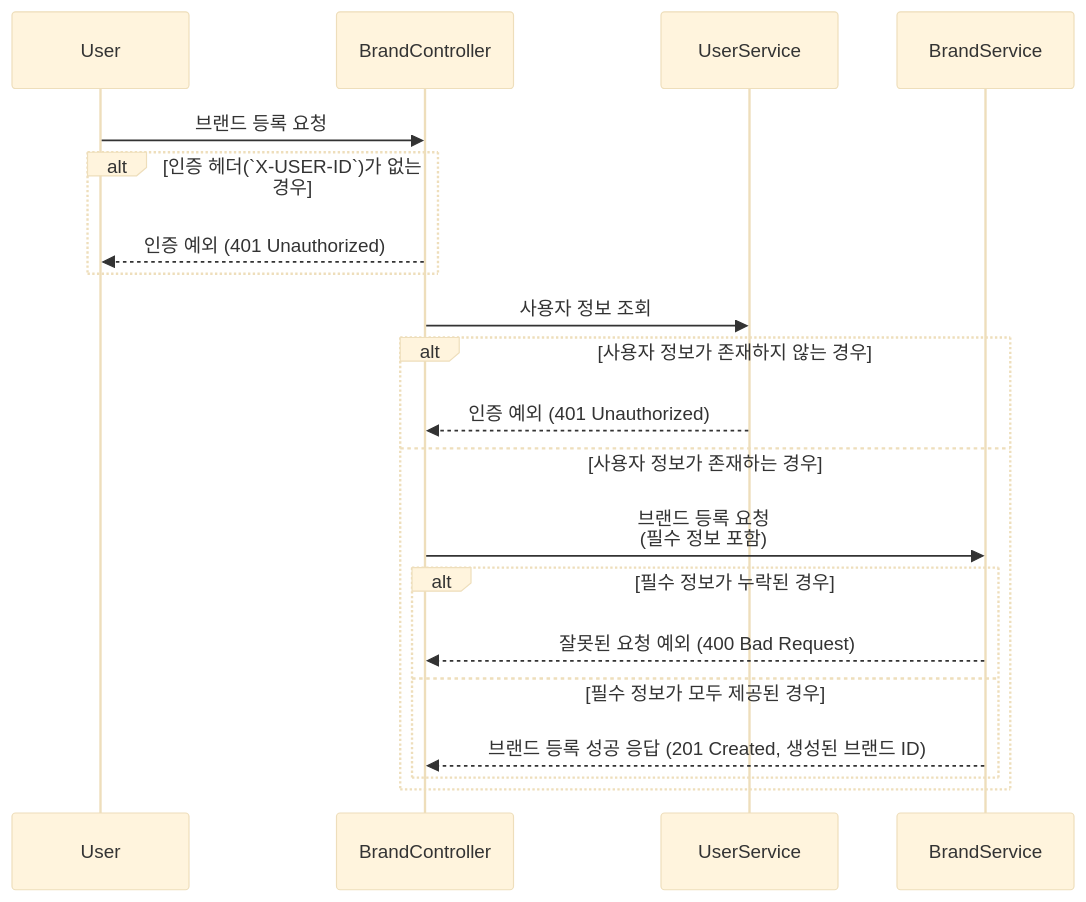
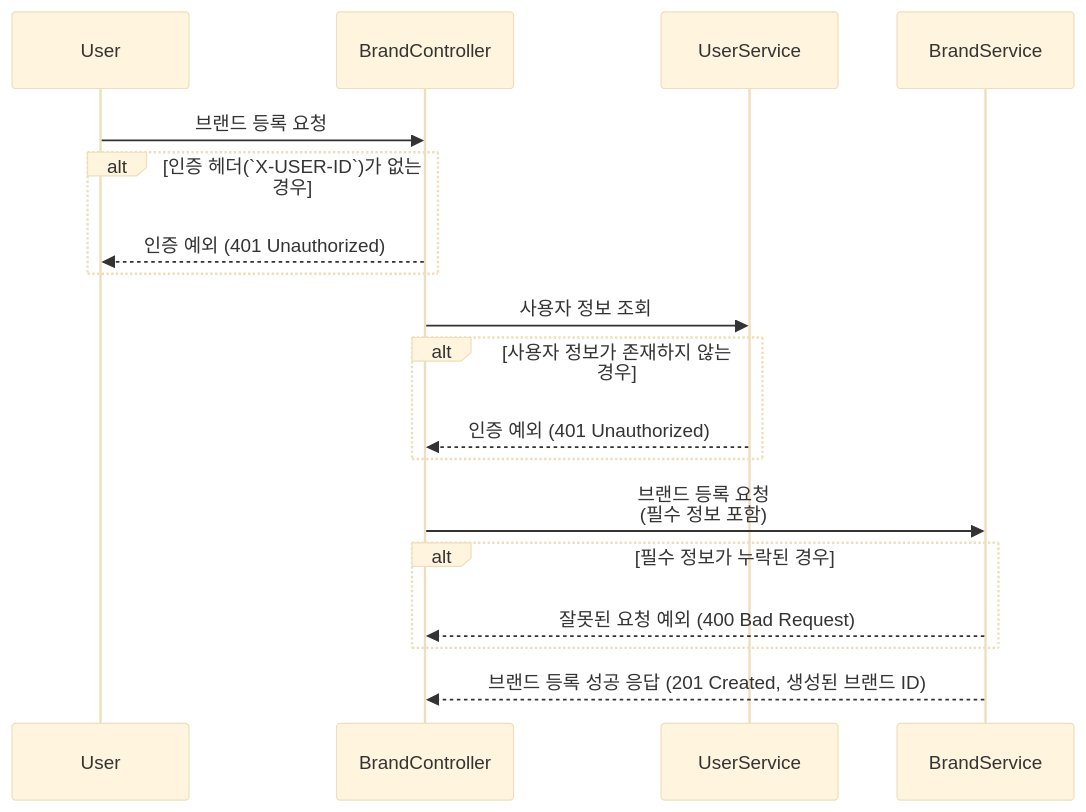
One commit to kiekk/gamsung-commerce changed the third of 3 diagrams in docs/design/02-sequence-diagrams/brand.md. Above: the diagram before and after it, drawn with Mermaid (base theme). The commit also changed other lines of this file, not shown here.

First line of the commit message:
docs: 브랜드 시퀀스 다이어그램 수정

````diff
--- a/docs/design/02-sequence-diagrams/brand.md
+++ b/docs/design/02-sequence-diagrams/brand.md
@@ -56,22 +52,20 @@
 ```mermaid
 sequenceDiagram
     participant User
     participant BrandController
     participant UserService
     participant BrandService
     User ->> BrandController: 브랜드 등록 요청
     alt 인증 헤더(`X-USER-ID`)가 없는 경우
         BrandController -->> User: 인증 예외 (401 Unauthorized)
     end
     BrandController ->> UserService: 사용자 정보 조회
     alt 사용자 정보가 존재하지 않는 경우
         UserService -->> BrandController: 인증 예외 (401 Unauthorized)
-    else 사용자 정보가 존재하는 경우
-        BrandController ->> BrandService: 브랜드 등록 요청<br/>(필수 정보 포함)
-        alt 필수 정보가 누락된 경우
-            BrandService -->> BrandController: 잘못된 요청 예외 (400 Bad Request)
-        else 필수 정보가 모두 제공된 경우
-            BrandService -->> BrandController: 브랜드 등록 성공 응답 (201 Created, 생성된 브랜드 ID)
-        end
     end
+    BrandController ->> BrandService: 브랜드 등록 요청<br/>(필수 정보 포함)
+    alt 필수 정보가 누락된 경우
+        BrandService -->> BrandController: 잘못된 요청 예외 (400 Bad Request)
+    end
+    BrandService -->> BrandController: 브랜드 등록 성공 응답 (201 Created, 생성된 브랜드 ID)
 ```
````
